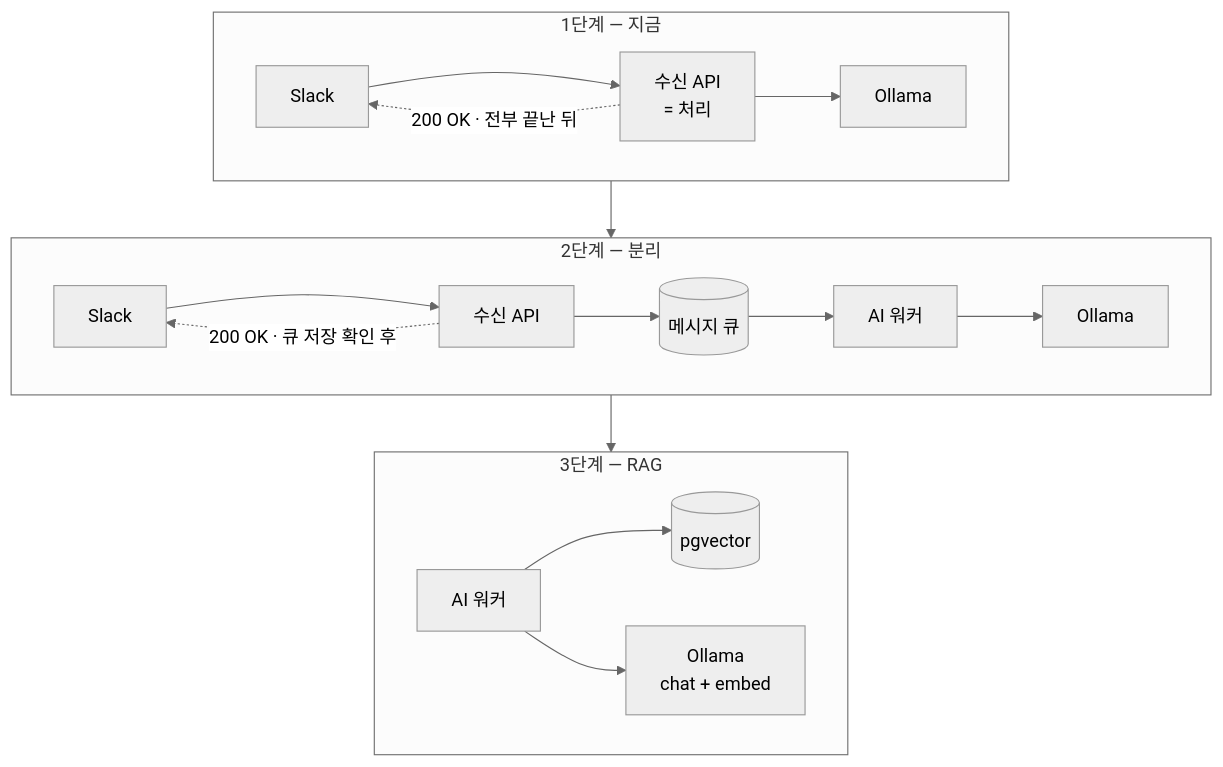
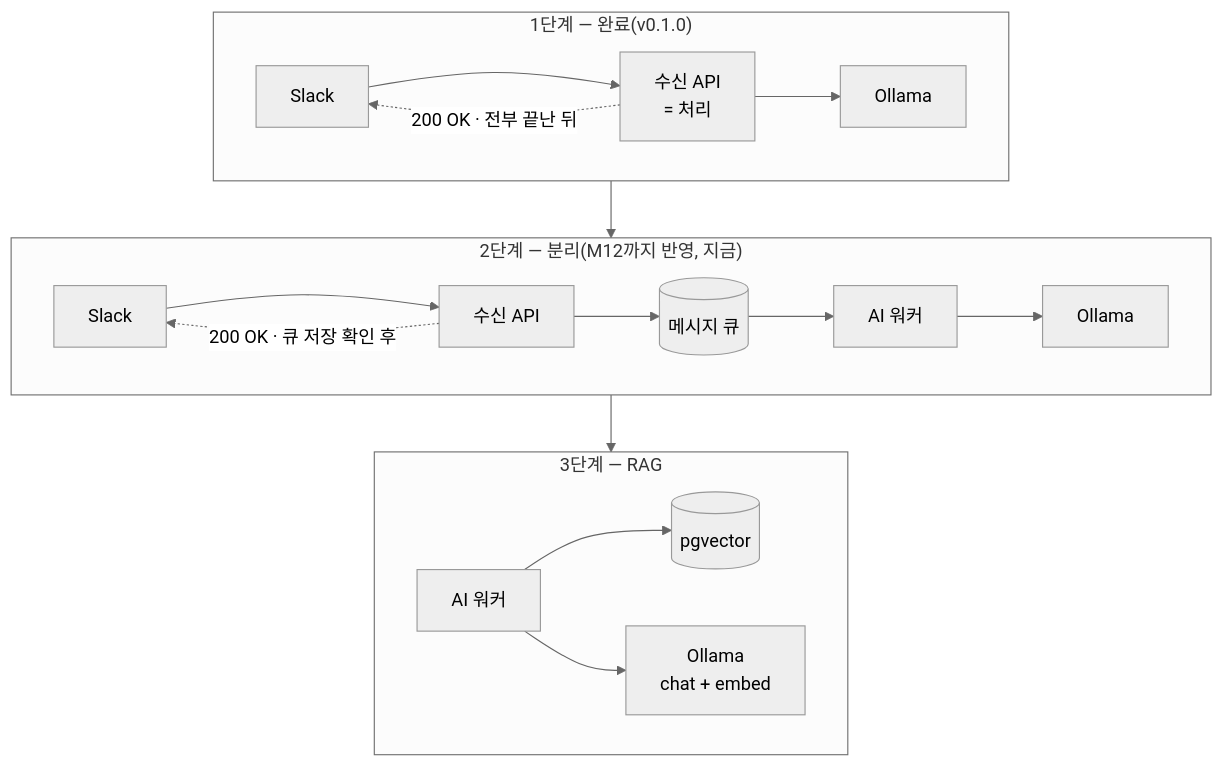
The fourth of 4 diagrams in .claude/docs/ARCHITECTURE.md (thrkrif/slack-lab), drawn with Mermaid (neutral theme) before and after one commit. The commit also changed other lines of this file and 25 other files, not shown here.

````diff
--- a/.claude/docs/ARCHITECTURE.md
+++ b/.claude/docs/ARCHITECTURE.md
@@ -242,20 +304,20 @@
 ```mermaid
 flowchart TB
-    subgraph S1["1단계 — 지금"]
+    subgraph S1["1단계 — 완료(v0.1.0)"]
         A1[Slack] --> B1[수신 API<br/>= 처리] --> C1[Ollama]
         B1 -.->|"200 OK · 전부 끝난 뒤"| A1
     end
 
-    subgraph S2["2단계 — 분리"]
+    subgraph S2["2단계 — 분리(M12까지 반영, 지금)"]
         A2[Slack] --> B2[수신 API]
         B2 -.->|"200 OK · 큐 저장 확인 후"| A2
         B2 --> Q2[(메시지 큐)] --> W2[AI 워커] --> C2[Ollama]
     end
 
     subgraph S3["3단계 — RAG"]
         W3[AI 워커] --> VS[(pgvector)]
         W3 --> C3[Ollama<br/>chat + embed]
     end
 
     S1 --> S2 --> S3
 ```
````
